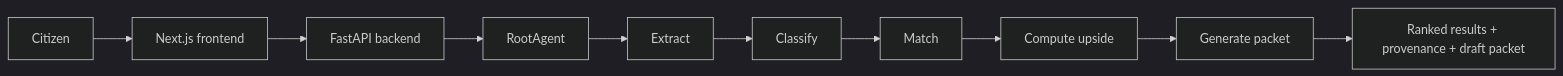
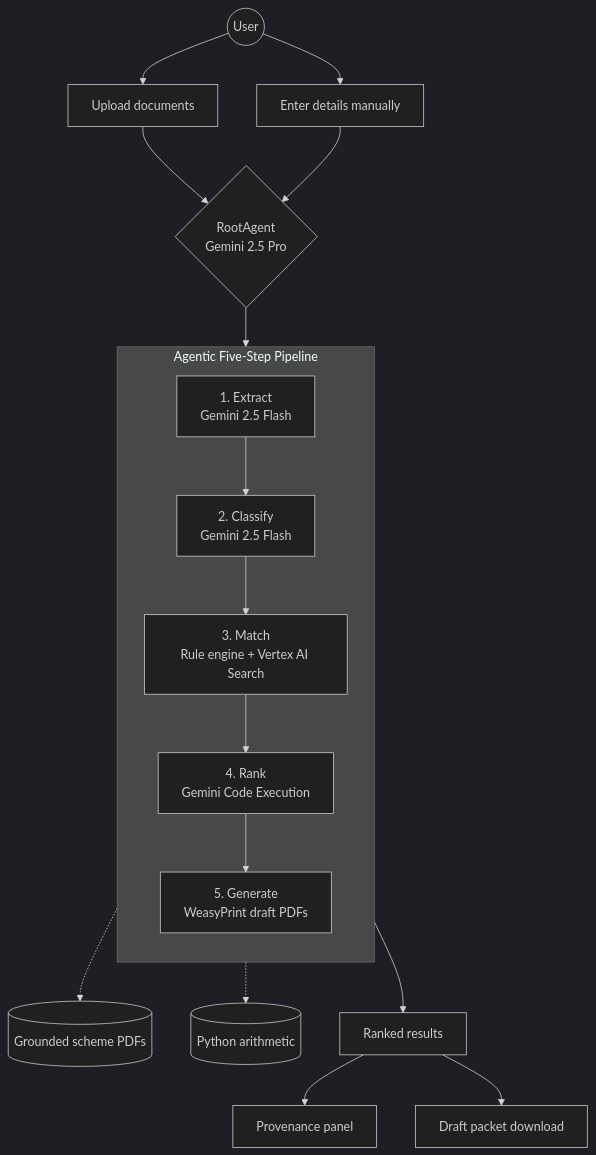
The first of 4 diagrams in README.md (AlaskanTuna/Layak), drawn with Mermaid (dark theme) before and after one commit. The commit also changed other lines of this file, not shown here.

Commit message:
docs(readme): polish functional diagram section

````diff
--- a/README.md
+++ b/README.md
@@ -19,16 +11,31 @@
 ```mermaid
-flowchart LR
-    Citizen[Citizen]
-    Frontend[Next.js frontend]
-    Backend[FastAPI backend]
-    Agent[RootAgent]
-    Extract[Extract]
-    Classify[Classify]
-    Match[Match]
-    Upside[Compute upside]
-    Generate[Generate packet]
-    Results[Ranked results + provenance + draft packet]
+flowchart TD
+    User((User))
+    Upload[Upload documents]
+    Manual[Enter details manually]
+    RootAgent{RootAgent<br/>Gemini 2.5 Pro}
 
-    Citizen --> Frontend --> Backend --> Agent
-    Agent --> Extract --> Classify --> Match --> Upside --> Generate --> Results
+    User --> Upload
+    User --> Manual
+    Upload --> RootAgent
+    Manual --> RootAgent
+
+    subgraph Pipeline[Agentic Five-Step Pipeline]
+        direction TB
+        Extract[1. Extract<br/>Gemini 2.5 Flash]
+        Classify[2. Classify<br/>Gemini 2.5 Flash]
+        Match[3. Match<br/>Rule engine + Vertex AI Search]
+        Rank[4. Rank<br/>Gemini Code Execution]
+        Generate[5. Generate<br/>WeasyPrint draft PDFs]
+    end
+
+    RootAgent --> Extract
+    Extract --> Classify --> Match --> Rank --> Generate
+
+    Match -.-> Grounding[(Grounded scheme PDFs)]
+    Rank -.-> Compute[(Python arithmetic)]
+
+    Generate --> Results[Ranked results]
+    Results --> Provenance[Provenance panel]
+    Results --> Packets[Draft packet download]
 ```
````
